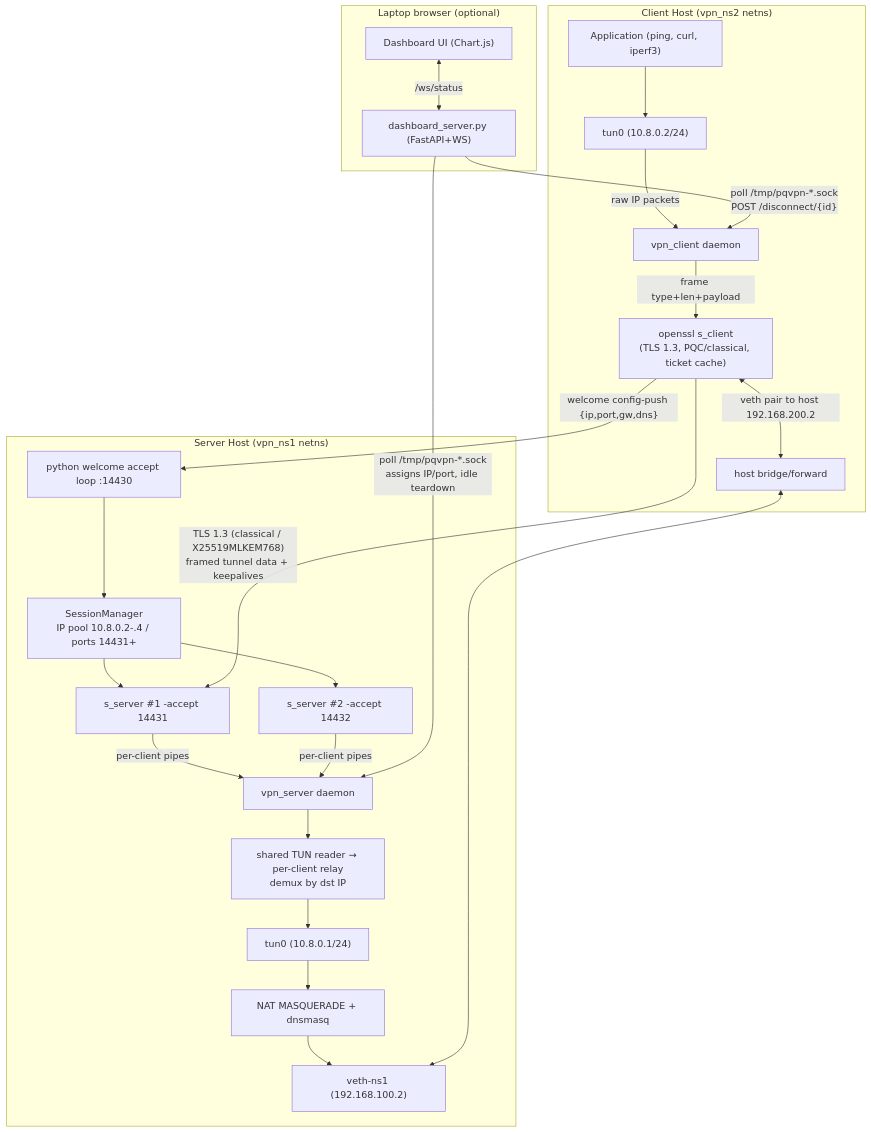
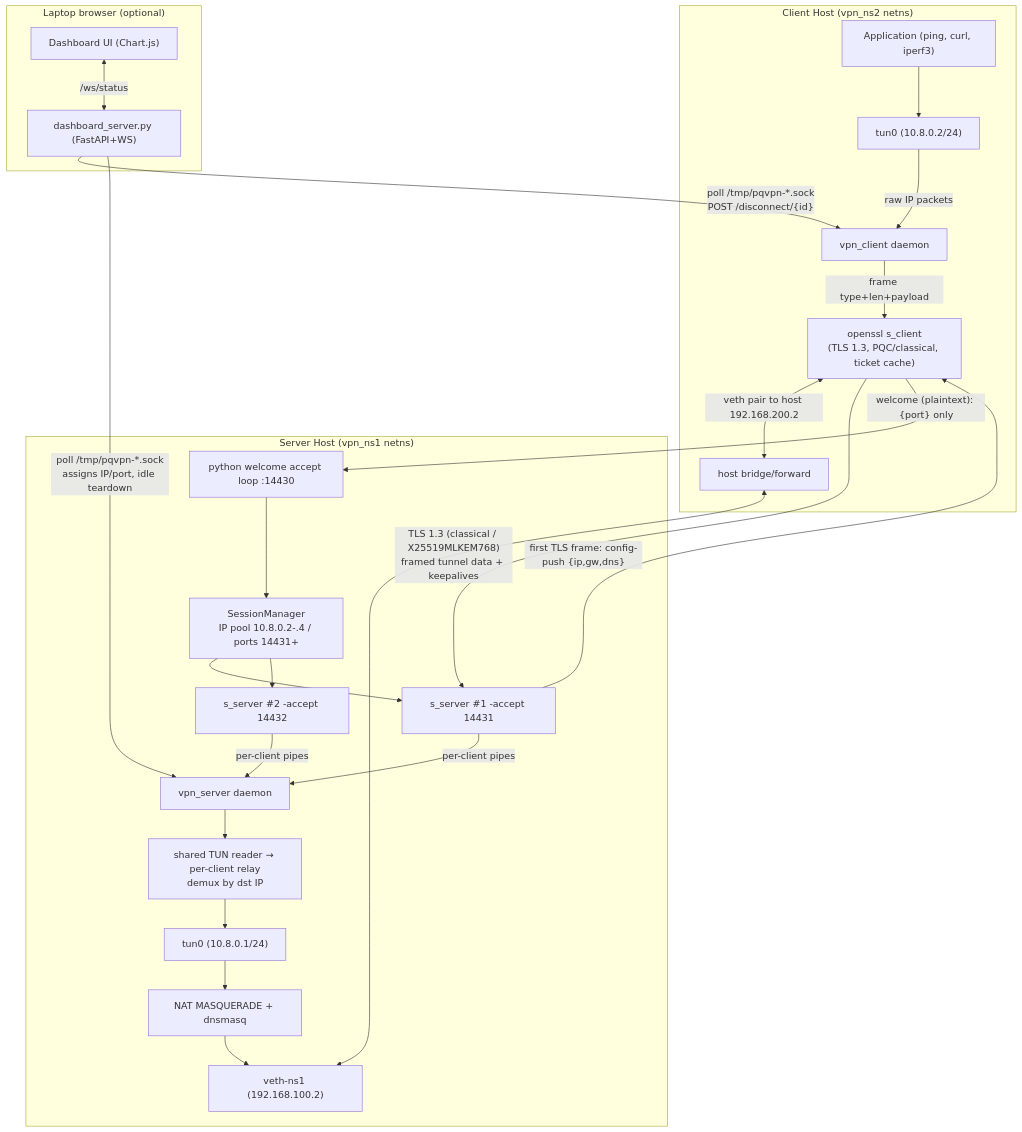
One commit to ChackoPAbraham19/pq-vpn changed the diagram in docs/architecture.md. Above: the diagram before and after it, drawn with Mermaid. The commit also changed other lines of this file and 17 other files, not shown here.

First line of the commit message:
feat(server): slot-bound ports, -naccept 1, config-push over TLS, handshake timeout

````diff
--- a/docs/architecture.md
+++ b/docs/architecture.md
@@ -9,48 +9,49 @@
 ```mermaid
 flowchart TB
     subgraph Browser["Laptop browser (optional)"]
         UI["Dashboard UI (Chart.js)"]
         DB["dashboard_server.py (FastAPI+WS)"]
         UI <--"/ws/status"--> DB
     end
 
     subgraph ClientHost["Client Host (vpn_ns2 netns)"]
         C_APP["Application (ping, curl, iperf3)"]
         C_TUN["tun0 (10.8.0.2/24)"]
         C_SEAL["vpn_client daemon"]
         C_TLS["openssl s_client\n(TLS 1.3, PQC/classical, ticket cache)"]
         C_APP --> C_TUN
         C_TUN --"raw IP packets"--> C_SEAL
         C_SEAL --"frame type+len+payload"--> C_TLS
         C_TLS <--"veth pair to host 192.168.200.2"--> HOSTROUTE["host bridge/forward"]
     end
 
     subgraph Server["Server Host (vpn_ns1 netns)"]
         S_WELCOME["python welcome accept loop :14430"]
         S_POOL["SessionManager\nIP pool 10.8.0.2-.4 / ports 14431+"]
         S_TLS1["s_server #1 -accept 14431"]
         S_TLS2["s_server #2 -accept 14432"]
         S_PROXY["vpn_server daemon"]
         S_TUN["tun0 (10.8.0.1/24)"]
         S_DEMUX["shared TUN reader → per-client relay\ndemux by dst IP"]
         S_NAT["NAT MASQUERADE + dnsmasq"]
         S_VETH["veth-ns1 (192.168.100.2)"]
 
         S_WELCOME --> S_POOL
         S_POOL --> S_TLS1
         S_POOL --> S_TLS2
         S_TLS1 --"per-client pipes"--> S_PROXY
         S_TLS2 --"per-client pipes"--> S_PROXY
         S_PROXY --> S_DEMUX
         S_DEMUX --> S_TUN
         S_TUN --> S_NAT
         S_NAT --> S_VETH
     end
 
     DB --"poll /tmp/pqvpn-*.sock\nPOST /disconnect/{id}"--> C_SEAL
     DB --"poll /tmp/pqvpn-*.sock\nassigns IP/port, idle teardown"--> S_PROXY
 
     C_TLS --"TLS 1.3 (classical / X25519MLKEM768)\nframed tunnel data + keepalives"--> S_TLS1
-    C_TLS --"welcome config-push {ip,port,gw,dns}"--> S_WELCOME
+    C_TLS --"welcome (plaintext): {port} only"--> S_WELCOME
+    S_TLS1 --"first TLS frame: config-push {ip,gw,dns}"--> C_TLS
     HOSTROUTE <--> S_VETH
 ```
````
